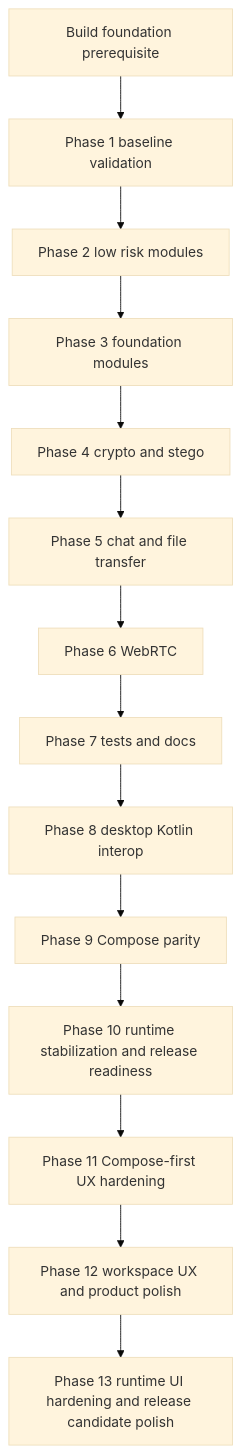
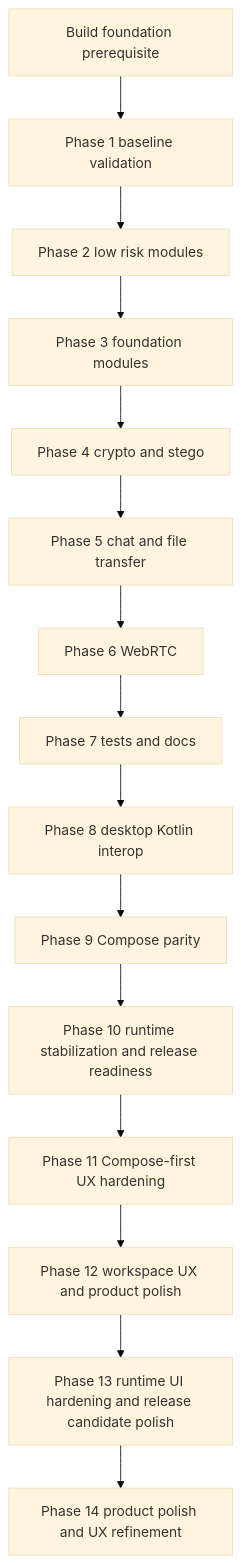
Before and after one commit to Shterneregen/secure-lan-suite: the diagram in docs/kotlin-migration/kotlin-migration.md, drawn with Mermaid (base theme). The commit also changed other lines of this file and 38 other files, not shown here.

````diff
--- a/docs/kotlin-migration/kotlin-migration.md
+++ b/docs/kotlin-migration/kotlin-migration.md
@@ -44,16 +43,17 @@
 ```mermaid
 flowchart TD
     A[Build foundation prerequisite] --> B[Phase 1 baseline validation]
     B --> C[Phase 2 low risk modules]
     C --> D[Phase 3 foundation modules]
     D --> E[Phase 4 crypto and stego]
     E --> F[Phase 5 chat and file transfer]
     F --> G[Phase 6 WebRTC]
     G --> H[Phase 7 tests and docs]
     H --> I[Phase 8 desktop Kotlin interop]
     I --> J[Phase 9 Compose parity]
     J --> K[Phase 10 runtime stabilization and release readiness]
     K --> L[Phase 11 Compose-first UX hardening]
     L --> M[Phase 12 workspace UX and product polish]
     M --> N[Phase 13 runtime UI hardening and release candidate polish]
+    N --> O[Phase 14 product polish and UX refinement]
 ```
````
